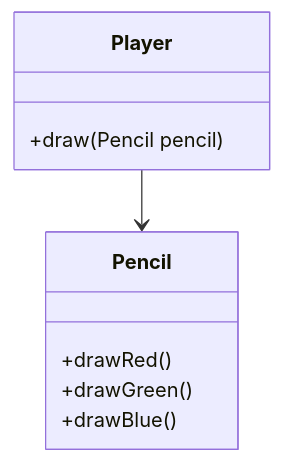
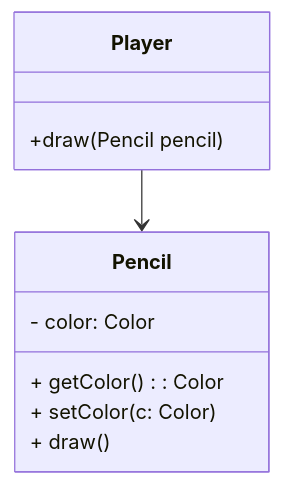
One commit to nbicocchi/learn-java-core changed the first of 10 diagrams in slides/E3.3 - Java Classes (Interfaces, abstract classes).md. Above: the diagram before and after it, drawn with Mermaid. The commit also changed other lines of this file, not shown here.

````diff
--- a/slides/E3.3 - Java Classes (Interfaces, abstract classes).md
+++ b/slides/E3.3 - Java Classes (Interfaces, abstract classes).md
@@ -12,14 +10,15 @@
 ```mermaid
 classDiagram
-    class Pencil {
-        +drawRed()
-        +drawGreen()
-        +drawBlue()
-    }
+   class Pencil {
+      - color: Color
+      + getColor(): Color
+      + setColor(c: Color)
+      + draw()
+   }
 
     class Player {
         +draw(Pencil pencil)
     }
 
     Player --> Pencil
 ```
````
